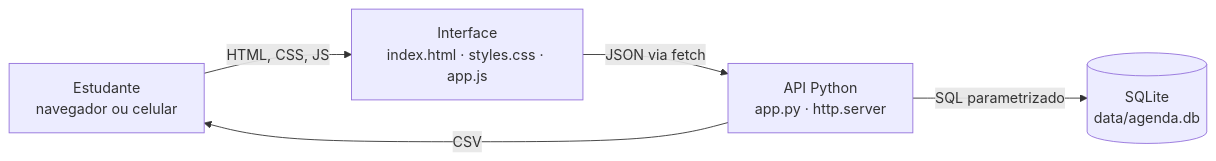
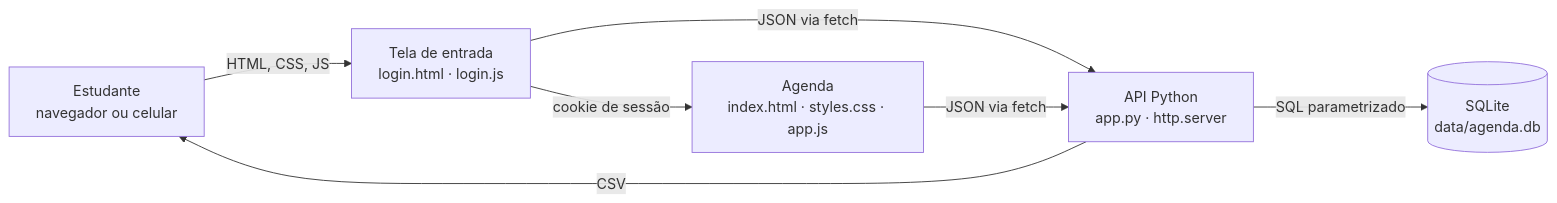
One commit to gustavo-bianchini-cs/PIT changed the diagram in docs/DOCUMENTACAO_PROJETO.md. Above: the diagram before and after it, drawn with Mermaid. The commit also changed other lines of this file and 20 other files, not shown here.

````diff
--- a/docs/DOCUMENTACAO_PROJETO.md
+++ b/docs/DOCUMENTACAO_PROJETO.md
@@ -93,7 +108,9 @@
 ```mermaid
 flowchart LR
-    U[Estudante<br>navegador ou celular] -->|HTML, CSS, JS| F[Interface<br>index.html · styles.css · app.js]
-    F -->|JSON via fetch| A[API Python<br>app.py · http.server]
+    U[Estudante<br>navegador ou celular] -->|HTML, CSS, JS| L[Tela de entrada<br>login.html · login.js]
+    L -->|cookie de sessão| F[Agenda<br>index.html · styles.css · app.js]
+    L -->|JSON via fetch| A[API Python<br>app.py · http.server]
+    F -->|JSON via fetch| A
     A -->|SQL parametrizado| D[(SQLite<br>data/agenda.db)]
     A -->|CSV| U
 ```
````
